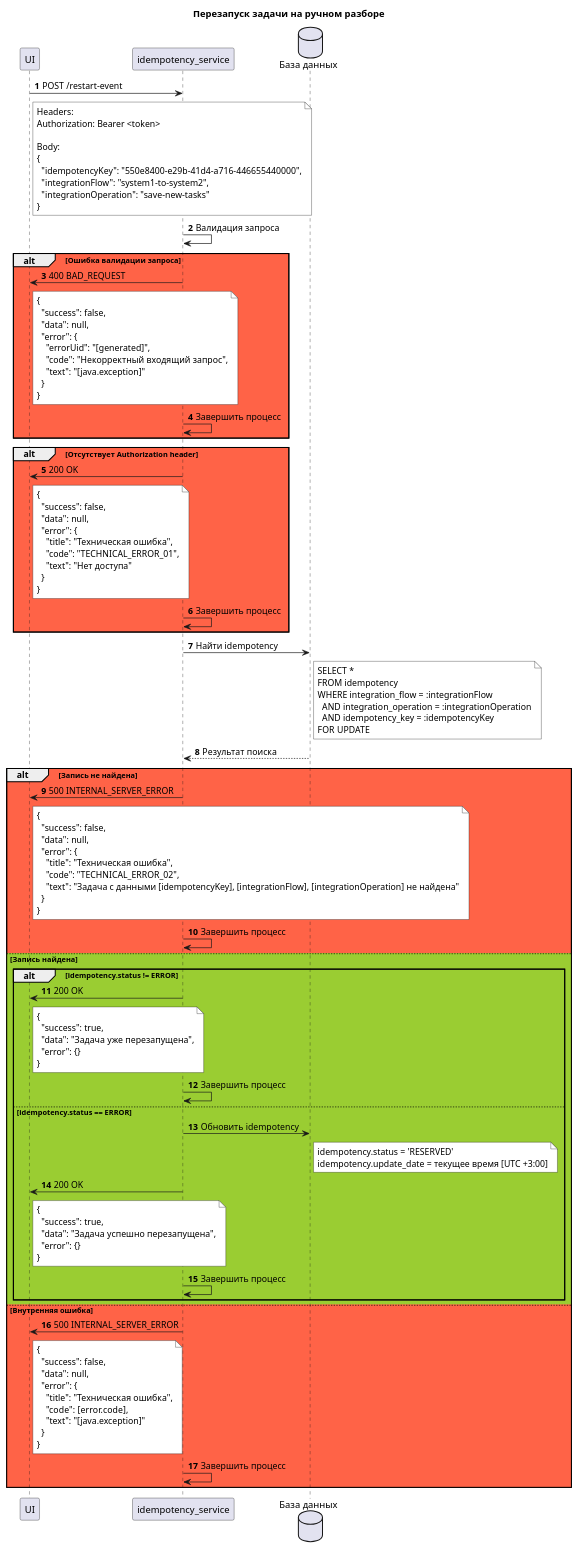
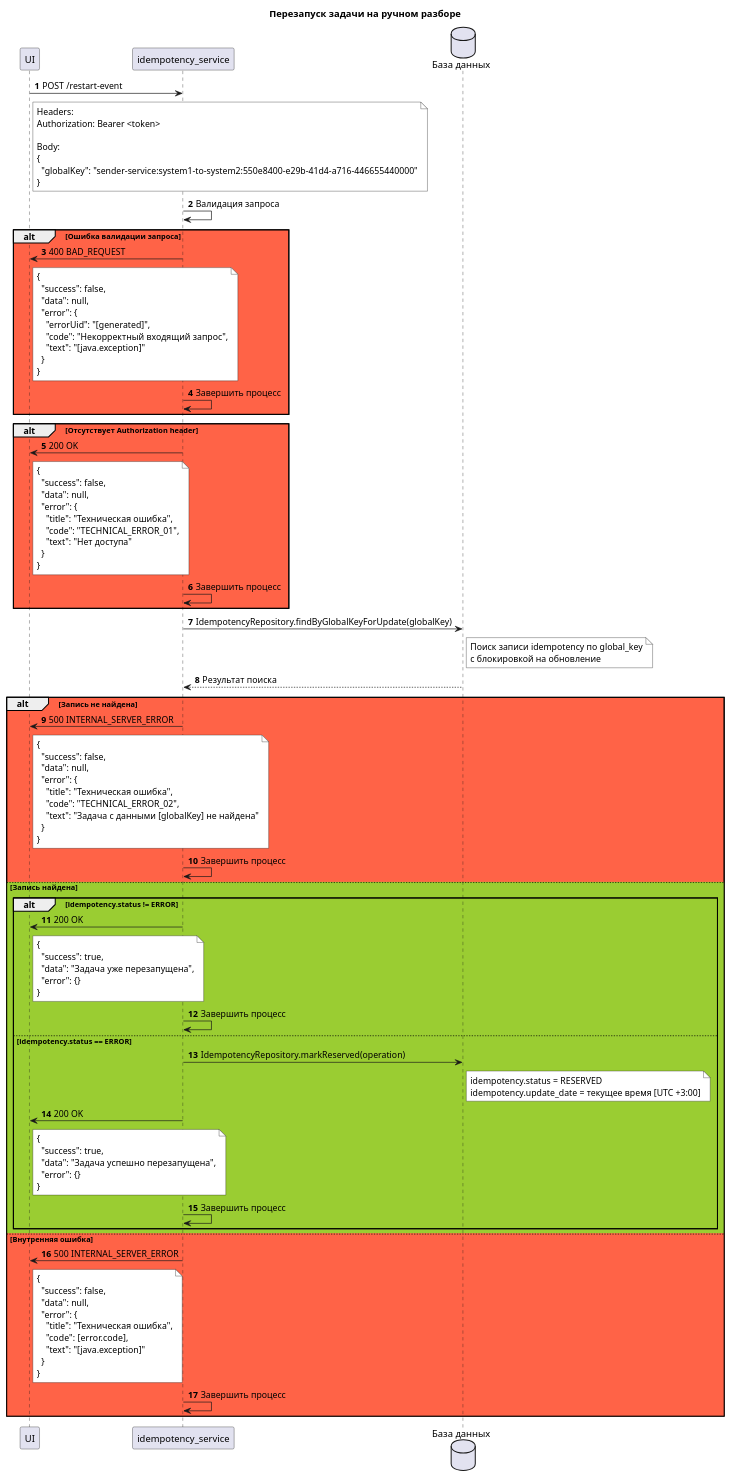
The diagram in architecture/7.puml (idempotence-service/core), drawn with PlantUML before and after one commit. The commit also changed 8 other files, not shown here.

```diff
--- a/architecture/7.puml
+++ b/architecture/7.puml
@@ -1,136 +1,130 @@
 @startuml
 title Перезапуск задачи на ручном разборе
 
 autonumber
 
 participant "UI" as UI
 participant "idempotency_service" as IdemService
 database "База данных" as DB
 
 UI -> IdemService: POST /restart-event
 note right of UI #FFFFFF
 Headers:
 Authorization: Bearer <token>
 
 Body:
 {
-  "idempotencyKey": "550e8400-e29b-41d4-a716-446655440000",
-  "integrationFlow": "system1-to-system2",
-  "integrationOperation": "save-new-tasks"
+  "globalKey": "sender-service:system1-to-system2:550e8400-e29b-41d4-a716-446655440000"
 }
 end note
 
 IdemService -> IdemService: Валидация запроса
 
 alt #tomato Ошибка валидации запроса
     IdemService -> UI: 400 BAD_REQUEST
     note right of UI #FFFFFF
         {
           "success": false,
           "data": null,
           "error": {
             "errorUid": "[generated]",
             "code": "Некорректный входящий запрос",
             "text": "[java.exception]"
           }
         }
     end note
     IdemService -> IdemService: Завершить процесс
 end
 
 alt #tomato Отсутствует Authorization header
     IdemService -> UI: 200 OK
     note right of UI #FFFFFF
         {
           "success": false,
           "data": null,
           "error": {
             "title": "Техническая ошибка",
             "code": "TECHNICAL_ERROR_01",
             "text": "Нет доступа"
           }
         }
     end note
     IdemService -> IdemService: Завершить процесс
 
 end
 
 
-IdemService -> DB: Найти idempotency
+IdemService -> DB: IdempotencyRepository.findByGlobalKeyForUpdate(globalKey)
 note right of DB #FFFFFF
-    SELECT *
-    FROM idempotency
-    WHERE integration_flow = :integrationFlow
-      AND integration_operation = :integrationOperation
-      AND idempotency_key = :idempotencyKey
-    FOR UPDATE
+    Поиск записи idempotency по global_key
+    c блокировкой на обновление
 end note
 
 DB --> IdemService: Результат поиска
 
 
 alt #tomato Запись не найдена
 
     IdemService -> UI: 500 INTERNAL_SERVER_ERROR
     note right of UI #FFFFFF
         {
           "success": false,
           "data": null,
           "error": {
             "title": "Техническая ошибка",
             "code": "TECHNICAL_ERROR_02",
-            "text": "Задача с данными [idempotencyKey], [integrationFlow], [integrationOperation] не найдена"
+            "text": "Задача с данными [globalKey] не найдена"
           }
         }
     end note
 
     IdemService -> IdemService: Завершить процесс
 
 
 else #yellowgreen Запись найдена
     alt idempotency.status != ERROR
         IdemService -> UI: 200 OK
         note right of UI #FFFFFF
             {
               "success": true,
               "data": "Задача уже перезапущена",
               "error": {}
             }
         end note
         IdemService -> IdemService: Завершить процесс
     else idempotency.status == ERROR
-        IdemService -> DB: Обновить idempotency
+        IdemService -> DB: IdempotencyRepository.markReserved(operation)
         note right of DB #FFFFFF
-            idempotency.status = 'RESERVED'
+            idempotency.status = RESERVED
             idempotency.update_date = текущее время [UTC +3:00]
         end note
 
         IdemService -> UI: 200 OK
         note right of UI #FFFFFF
             {
               "success": true,
               "data": "Задача успешно перезапущена",
               "error": {}
             }
         end note
         IdemService -> IdemService: Завершить процесс
     end
 
 else #tomato Внутренняя ошибка
     IdemService -> UI: 500 INTERNAL_SERVER_ERROR
     note right of UI #FFFFFF
         {
           "success": false,
           "data": null,
           "error": {
             "title": "Техническая ошибка",
             "code": [error.code],
             "text": "[java.exception]"
           }
         }
     end note
     IdemService -> IdemService: Завершить процесс
 
 end
 
 @enduml
```
